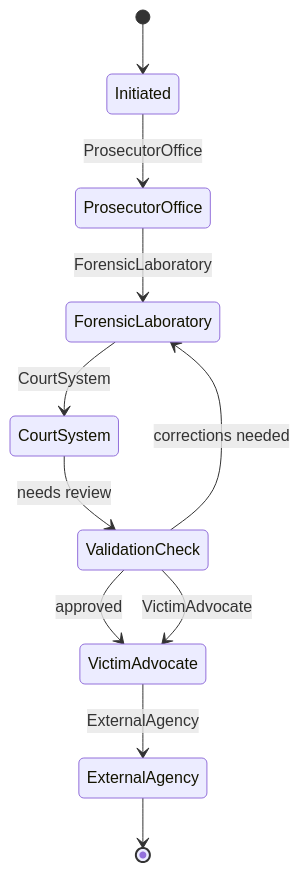
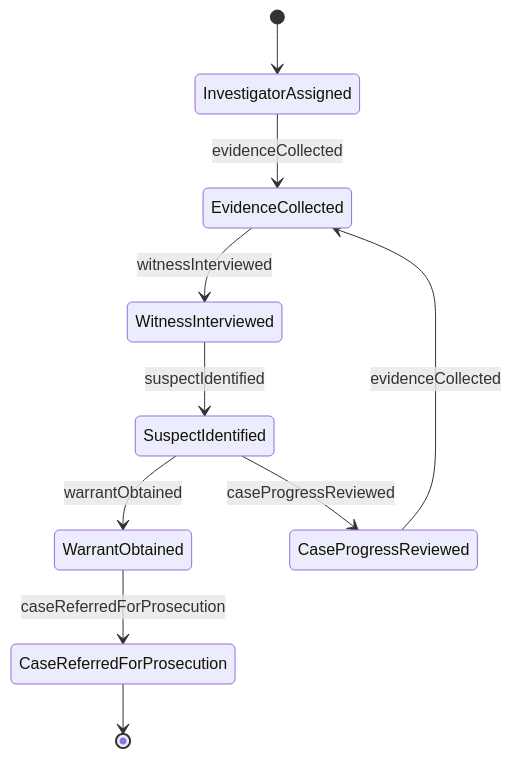
Before and after one commit to dot-org-ai/tasks.org.ai: the second of 4 diagrams in GuidingDirectingAndMotivatingSubordinates/DirectLegalActivities/DirectCriminalInvestigations.mdx, drawn with Mermaid. The commit also changed other lines of this file and 515 other files, not shown here.

````diff
--- a/GuidingDirectingAndMotivatingSubordinates/DirectLegalActivities/DirectCriminalInvestigations.mdx
+++ b/GuidingDirectingAndMotivatingSubordinates/DirectLegalActivities/DirectCriminalInvestigations.mdx
@@ -104,13 +104,12 @@
 ```mermaid
 stateDiagram-v2
-    [*] --> Initiated
-    Initiated --> ProsecutorOffice: ProsecutorOffice
-    ProsecutorOffice --> ForensicLaboratory: ForensicLaboratory
-    ForensicLaboratory --> CourtSystem: CourtSystem
-    CourtSystem --> ValidationCheck: needs review
-    ValidationCheck --> ForensicLaboratory: corrections needed
-    ValidationCheck --> VictimAdvocate: approved
-    ValidationCheck --> VictimAdvocate: VictimAdvocate
-    VictimAdvocate --> ExternalAgency: ExternalAgency
-    ExternalAgency --> [*]
+    [*] --> InvestigatorAssigned
+    InvestigatorAssigned --> EvidenceCollected : evidenceCollected
+    EvidenceCollected --> WitnessInterviewed : witnessInterviewed
+    WitnessInterviewed --> SuspectIdentified : suspectIdentified
+    SuspectIdentified --> WarrantObtained : warrantObtained
+    WarrantObtained --> CaseReferredForProsecution : caseReferredForProsecution
+    SuspectIdentified --> CaseProgressReviewed : caseProgressReviewed
+    CaseProgressReviewed --> EvidenceCollected : evidenceCollected
+    CaseReferredForProsecution --> [*]
 ```
````
